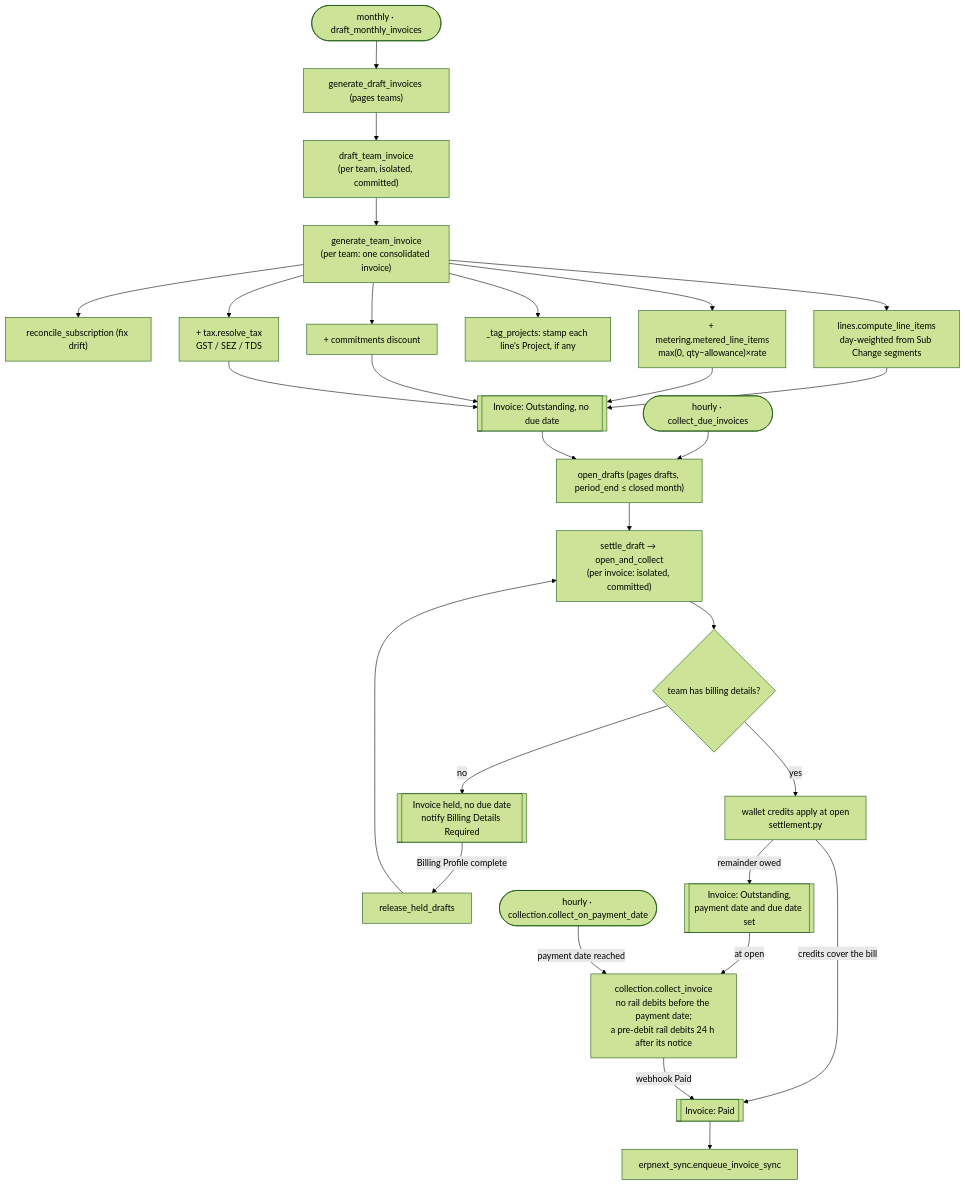
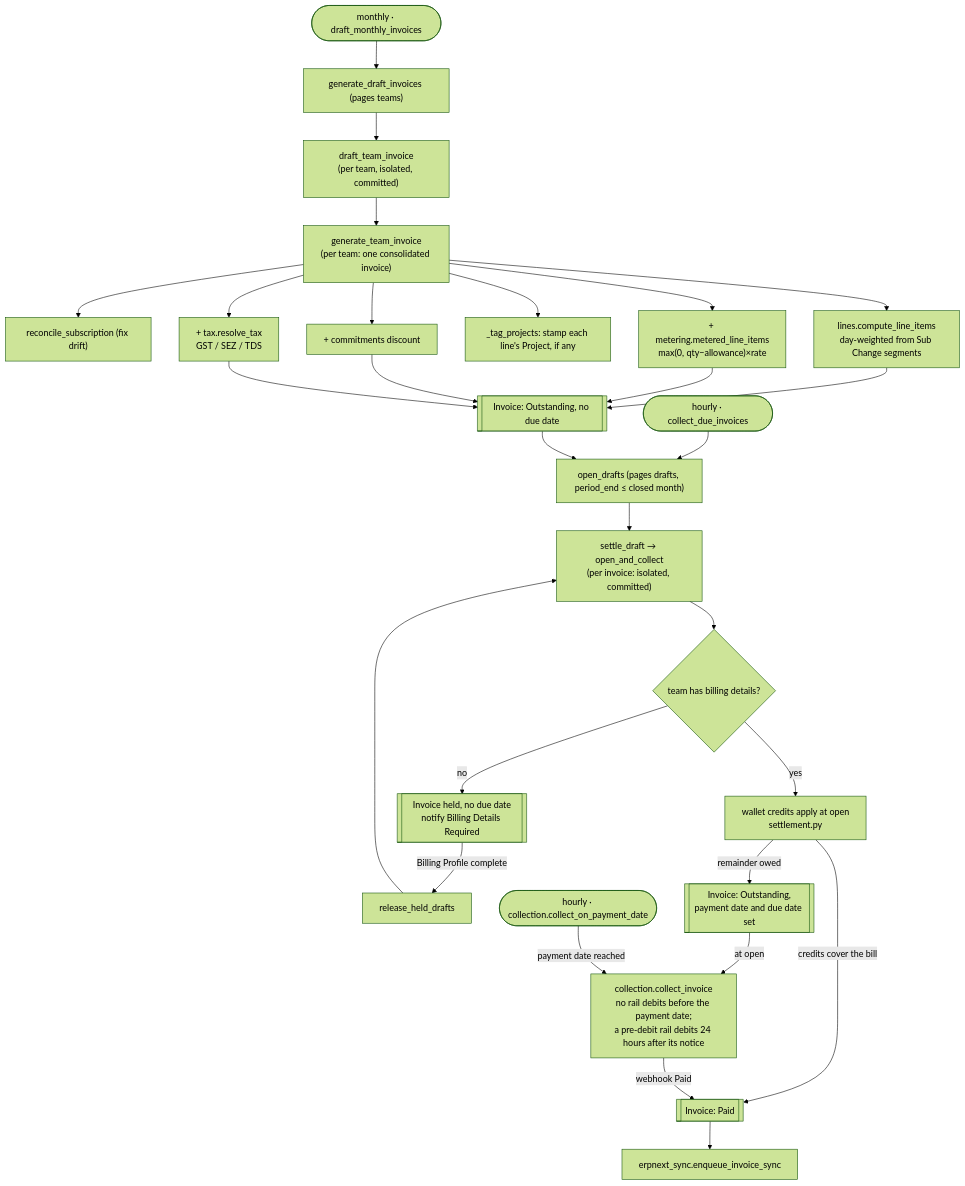
Before and after one commit to frappe/central: the fifth of 8 diagrams in central/billing/ARCHITECTURE.md, drawn with Mermaid (forest theme). The commit also changed other lines of this file and 2 other files, not shown here.

Commit message:
docs(billing): use one wording for the pre-debit notice timing

````diff
--- a/central/billing/ARCHITECTURE.md
+++ b/central/billing/ARCHITECTURE.md
@@ -465,28 +465,28 @@
 ```mermaid
 flowchart TD
     TICK(["monthly · draft_monthly_invoices"]) --> GDI["generate_draft_invoices (pages teams)"]
     GDI --> DTI["draft_team_invoice<br/>(per team, isolated, committed)"]
     DTI --> GTI["generate_team_invoice<br/>(per team: one consolidated invoice)"]
     GTI --> RS["reconcile_subscription (fix drift)"]
     GTI --> LINES["lines.compute_line_items<br/>day-weighted from Sub Change segments"]
     GTI --> MET["+ metering.metered_line_items<br/>max(0, qty−allowance)×rate"]
     GTI --> TAG["_tag_projects: stamp each line's Project, if any"]
     GTI --> DISC["+ commitments discount"]
     GTI --> TAX["+ tax.resolve_tax<br/>GST / SEZ / TDS"]
     LINES & MET & DISC & TAX --> DRAFT[["Invoice: Outstanding, no due date"]]
 
     SWEEP(["hourly · collect_due_invoices"]) --> OD["open_drafts (pages drafts, period_end ≤ closed month)"]
     DRAFT --> OD
     OD --> OAC["settle_draft → open_and_collect<br/>(per invoice: isolated, committed)"]
     OAC --> HOLD{"team has billing details?"}
     HOLD -->|no| HELD[["Invoice held, no due date<br/>notify Billing Details Required"]]
     HELD -->|Billing Profile complete| REL["release_held_drafts"]
     REL --> OAC
     HOLD -->|yes| CR["wallet credits apply at open<br/>settlement.py"]
     CR -->|credits cover the bill| PAID[["Invoice: Paid"]]
     CR -->|remainder owed| OPEN[["Invoice: Outstanding,<br/>payment date and due date set"]]
-    OPEN -->|at open| CARD["collection.collect_invoice<br/>no rail debits before the payment date;<br/>a pre-debit rail debits 24 h after its notice"]
+    OPEN -->|at open| CARD["collection.collect_invoice<br/>no rail debits before the payment date;<br/>a pre-debit rail debits 24 hours after its notice"]
     PDATE(["hourly · collection.collect_on_payment_date"]) -->|payment date reached| CARD
     CARD -->|webhook Paid| PAID
     PAID --> SYNC["erpnext_sync.enqueue_invoice_sync"]
 ```
````
